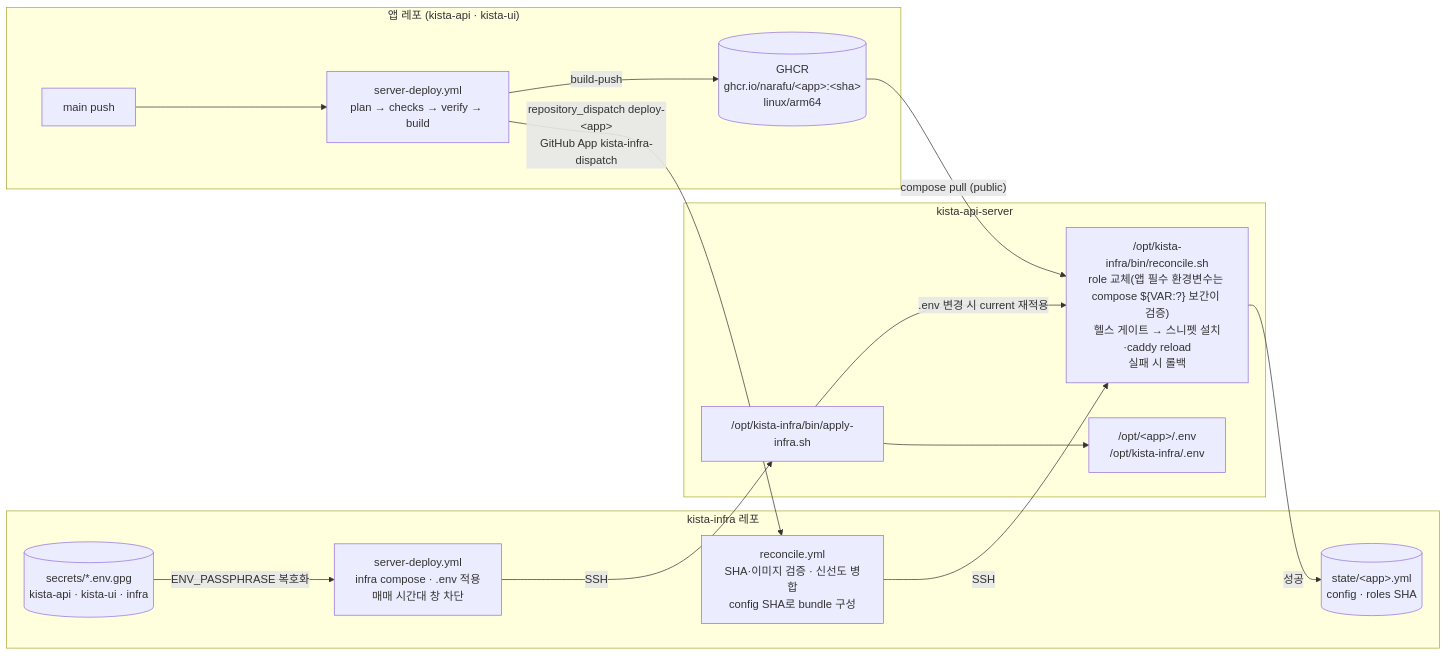
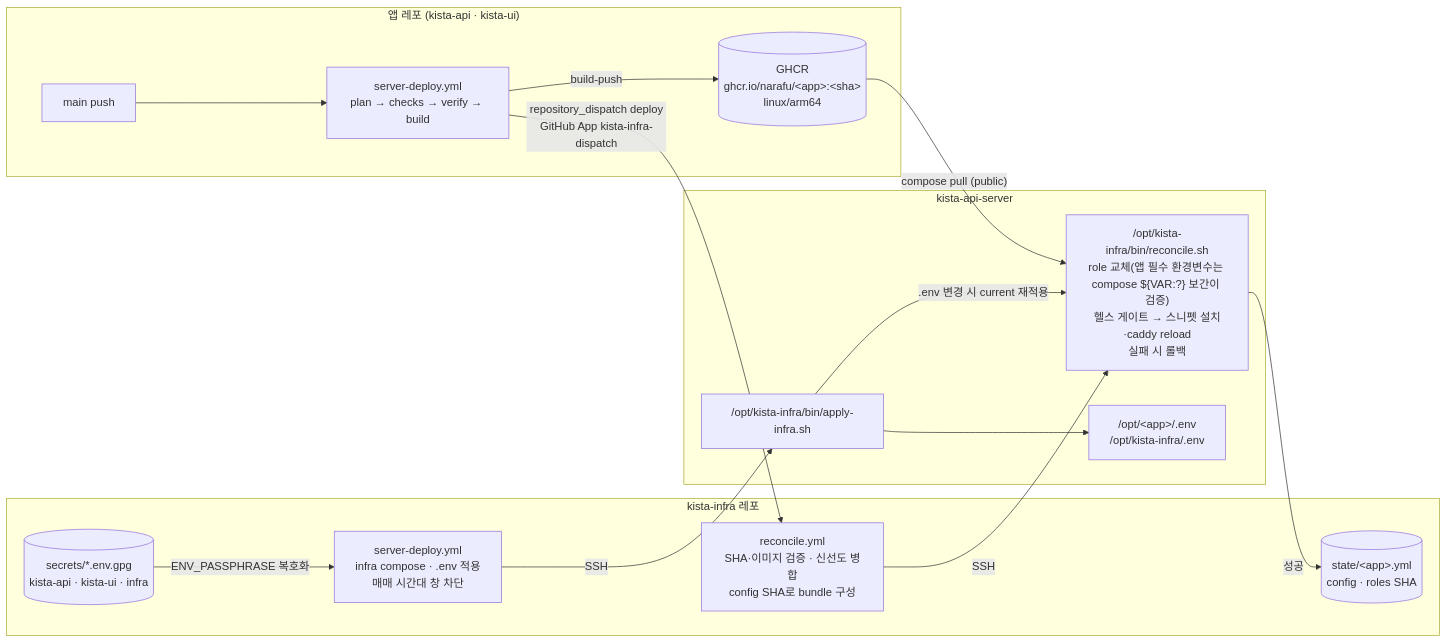
One commit to narafu/kista-api changed the third of 6 diagrams in docs/architecture-map.md. Above: the diagram before and after it, drawn with Mermaid. The commit also changed 9 other files, not shown here.

````diff
--- a/docs/architecture-map.md
+++ b/docs/architecture-map.md
@@ -123,30 +123,30 @@
 ```mermaid
 flowchart LR
     subgraph APPREPO["앱 레포 (kista-api · kista-ui)"]
         PUSH["main push"]
         WF["server-deploy.yml<br/>plan → checks → verify → build"]
         GHCR[("GHCR<br/>ghcr.io/narafu/#lt;app#gt;:#lt;sha#gt;<br/>linux/arm64")]
     end
 
     subgraph INFRA["kista-infra 레포"]
         REC["reconcile.yml<br/>SHA·이미지 검증 · 신선도 병합<br/>config SHA로 bundle 구성"]
         STATE[("state/#lt;app#gt;.yml<br/>config · roles SHA")]
         SD["server-deploy.yml<br/>infra compose · .env 적용<br/>매매 시간대 창 차단"]
         SEC[("secrets/*.env.gpg<br/>kista-api · kista-ui · infra")]
     end
 
     subgraph SRV["kista-api-server"]
         RSH["/opt/kista-infra/bin/reconcile.sh<br/>role 교체(앱 필수 환경변수는 compose ${VAR:?} 보간이 검증)<br/>헬스 게이트 → 스니펫 설치·caddy reload<br/>실패 시 롤백"]
         AINF["/opt/kista-infra/bin/apply-infra.sh"]
         ENV["/opt/#lt;app#gt;/.env<br/>/opt/kista-infra/.env"]
     end
 
     PUSH --> WF -->|build-push| GHCR
-    WF -->|"repository_dispatch deploy-#lt;app#gt;<br/>GitHub App kista-infra-dispatch"| REC
+    WF -->|"repository_dispatch deploy<br/>GitHub App kista-infra-dispatch"| REC
     REC -->|SSH| RSH
     GHCR -->|"compose pull (public)"| RSH
     RSH -->|성공| STATE
     SEC -->|"ENV_PASSPHRASE 복호화"| SD
     SD -->|SSH| AINF --> ENV
     AINF -->|".env 변경 시 current 재적용"| RSH
 ```
````
